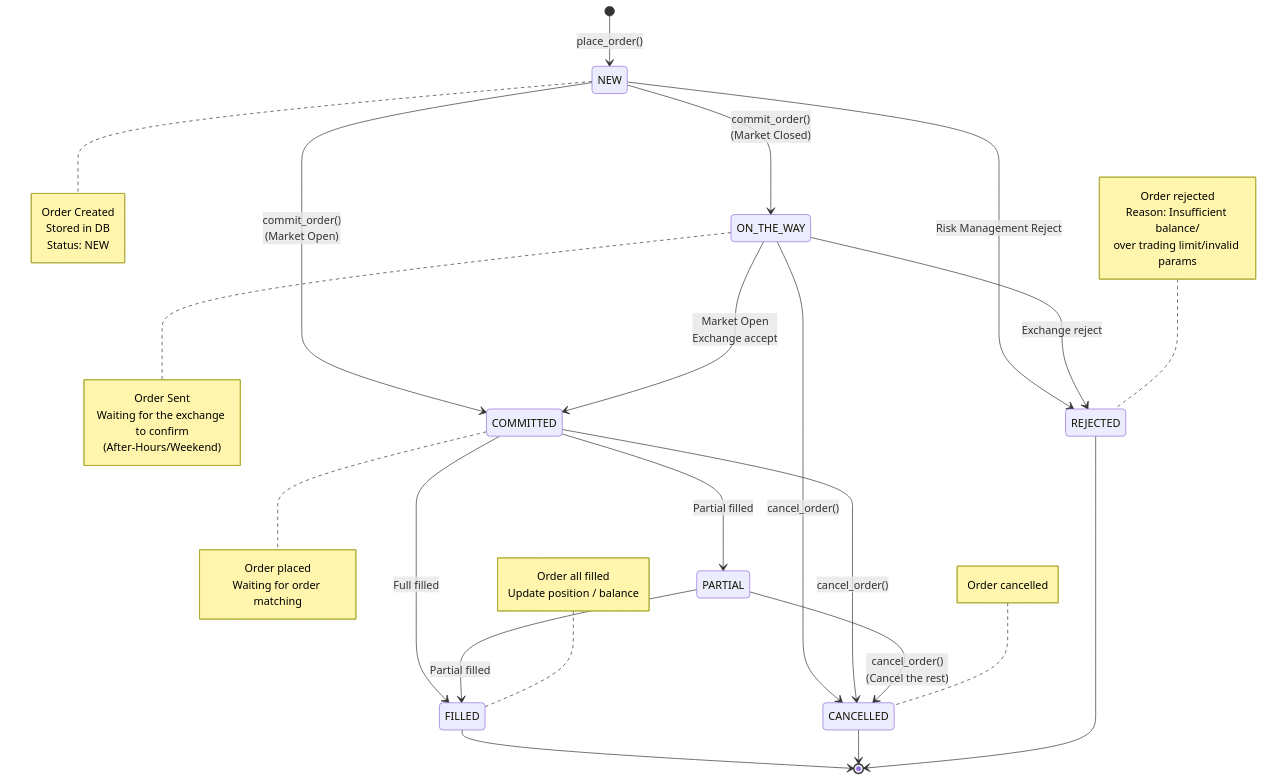
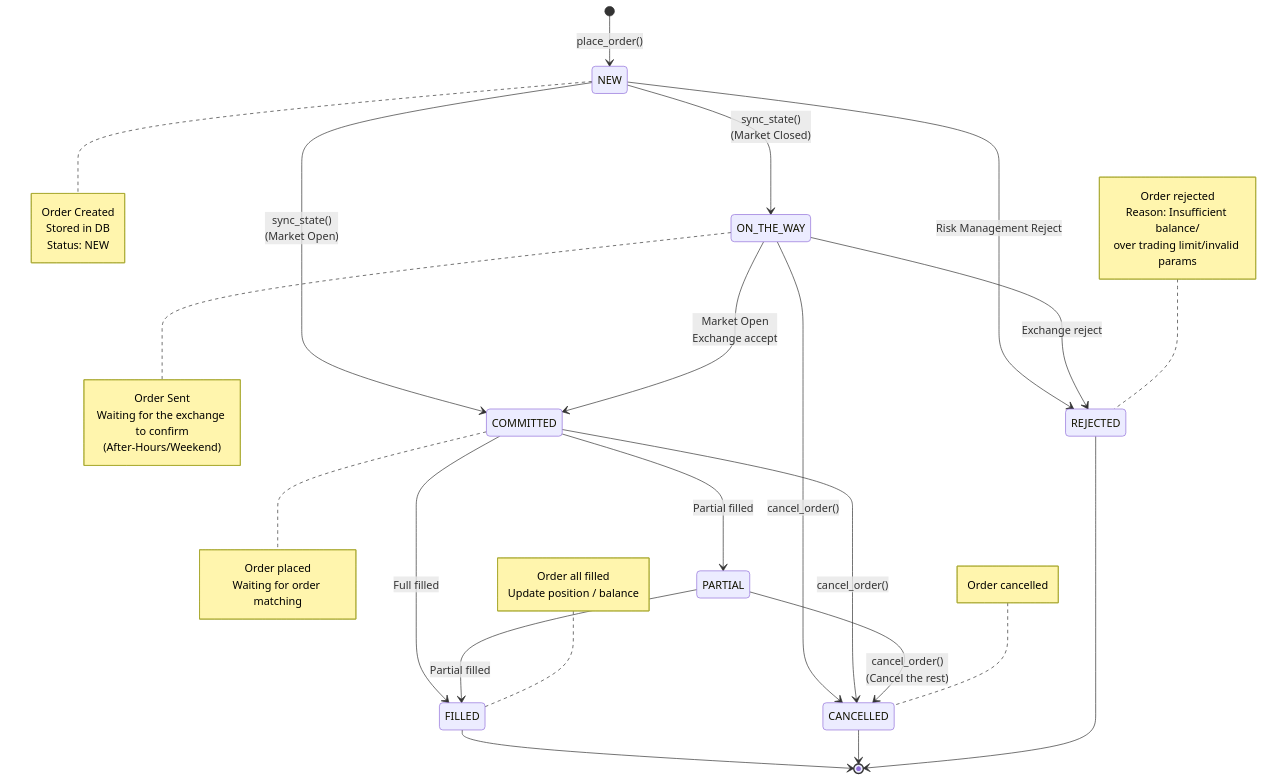
Before and after one commit to jackiesogi/CJTrade: the diagram in img/order_lifecycle.md, drawn with Mermaid. The commit also changed 14 other files, not shown here.

Commit message:
Remove semantically incorrect function commit_order() and replace with sync_state()

````diff
--- a/img/order_lifecycle.md
+++ b/img/order_lifecycle.md
@@ -1,55 +1,55 @@
 ```mermaid
 stateDiagram-v2
     [*] --> NEW: place_order()
-    
+
     note right of NEW
         Order Created
         Stored in DB
         Status: NEW
     end note
-    
-    NEW --> ON_THE_WAY: commit_order()<br/>(Market Closed)
-    NEW --> COMMITTED: commit_order()<br/>(Market Open)
+
+    NEW --> ON_THE_WAY: sync_state()<br/>(Market Closed)
+    NEW --> COMMITTED: sync_state()<br/>(Market Open)
     NEW --> REJECTED: Risk Management Reject
-    
+
     note right of ON_THE_WAY
         Order Sent
         Waiting for the exchange to confirm
         (After-Hours/Weekend)
     end note
-    
+
     ON_THE_WAY --> COMMITTED: Market Open<br/>Exchange accept
     ON_THE_WAY --> REJECTED: Exchange reject
     ON_THE_WAY --> CANCELLED: cancel_order()
-    
+
     note right of COMMITTED
         Order placed
         Waiting for order matching
     end note
-    
+
     COMMITTED --> PARTIAL: Partial filled
     COMMITTED --> FILLED: Full filled
     COMMITTED --> CANCELLED: cancel_order()
-    
+
     PARTIAL --> FILLED: Partial filled
     PARTIAL --> CANCELLED: cancel_order()<br/>(Cancel the rest)
-    
+
     FILLED --> [*]
     CANCELLED --> [*]
     REJECTED --> [*]
-    
+
     note left of FILLED
         Order all filled
         Update position / balance
     end note
-    
+
     note left of CANCELLED
         Order cancelled
     end note
-    
+
     note left of REJECTED
         Order rejected
         Reason: Insufficient balance/
         over trading limit/invalid params
     end note
 ```
````
